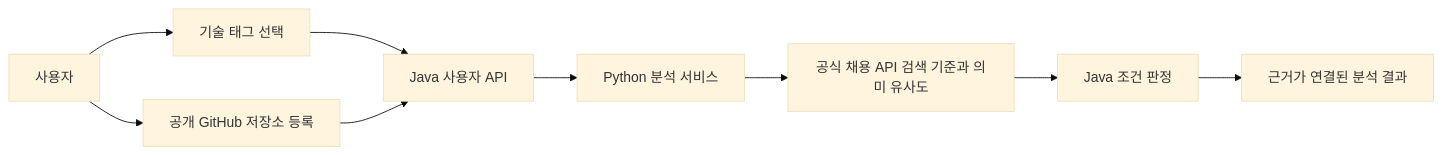
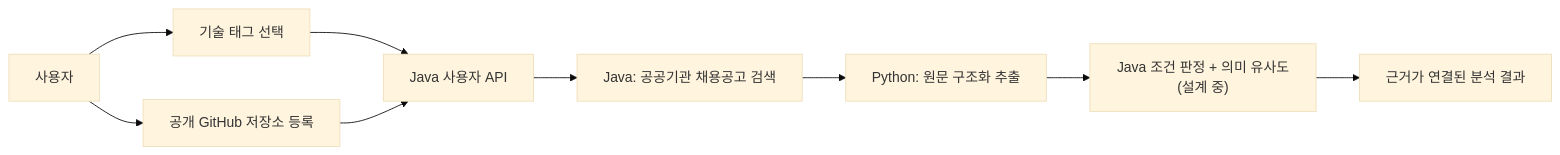
One commit to hwang67120-bit/career-compass-ai changed the first of 3 diagrams in README.md. Above: the diagram before and after it, drawn with Mermaid (base theme). The commit also changed other lines of this file and 1 other file, not shown here.

````diff
--- a/README.md
+++ b/README.md
@@ -16,11 +16,11 @@
 ```mermaid
 flowchart LR
     USER["사용자"] --> TAG["기술 태그 선택"]
     USER --> GITHUB["공개 GitHub 저장소 등록"]
     TAG --> JAVA["Java 사용자 API"]
     GITHUB --> JAVA
-    JAVA --> PYTHON["Python 분석 서비스"]
-    PYTHON --> JOB["공식 채용 API 검색 기준과 의미 유사도"]
-    JOB --> RULE["Java 조건 판정"]
+    JAVA --> JOB["Java: 공공기관 채용공고 검색"]
+    JOB --> PYTHON["Python: 원문 구조화 추출"]
+    PYTHON --> RULE["Java 조건 판정 + 의미 유사도(설계 중)"]
     RULE --> RESULT["근거가 연결된 분석 결과"]
 ```
````
